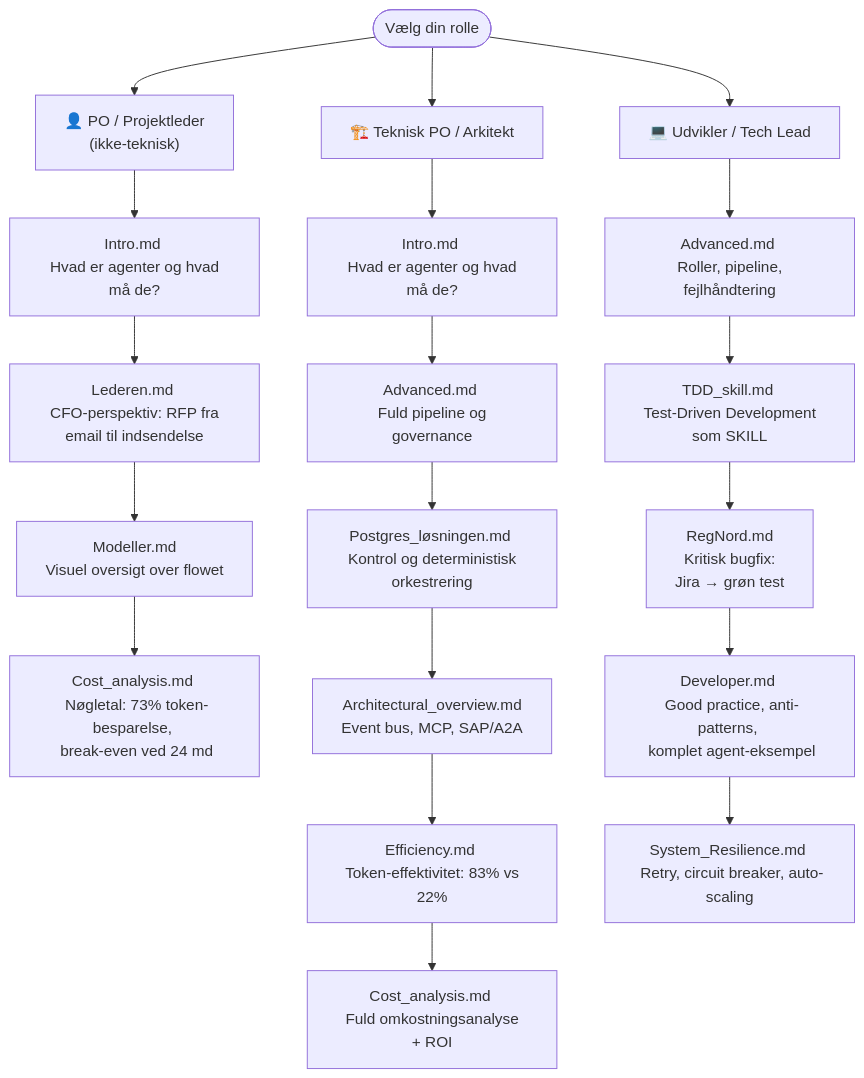
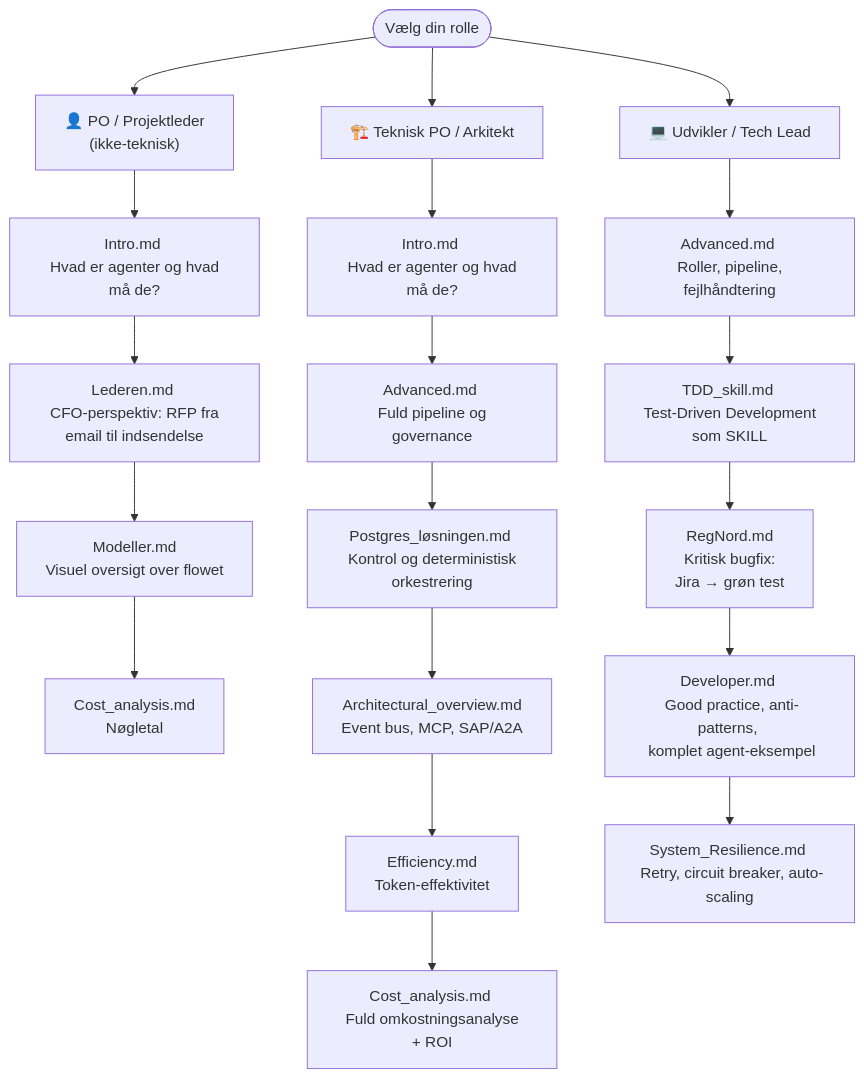
The diagram in README.md (chrisstineline/CGI_Agent), drawn with Mermaid before and after one commit. The commit also changed other lines of this file and 1 other file, not shown here.

Commit message:
Tal ænringer - Efficiency og i READEME

````diff
--- a/README.md
+++ b/README.md
@@ -102,28 +101,28 @@
 ```mermaid
 flowchart TD
     START([Vælg din rolle]) --> PO
     START --> TPO
     START --> DEV
 
     PO["👤 PO / Projektleder <br> (ikke-teknisk)"]
     TPO["🏗️ Teknisk PO / Arkitekt"]
     DEV["💻 Udvikler / Tech Lead"]
 
     PO --> P1["Intro.md <br> Hvad er agenter og hvad må de?"]
     P1 --> P2["Lederen.md <br> CFO-perspektiv: RFP fra email til indsendelse"]
     P2 --> P3["Modeller.md <br> Visuel oversigt over flowet"]
-    P3 --> P4["Cost_analysis.md <br> Nøgletal: 73% token-besparelse, <br> break-even ved 24 md"]
+    P3 --> P4["Cost_analysis.md <br> Nøgletal"]
 
     TPO --> T1["Intro.md <br> Hvad er agenter og hvad må de?"]
     T1 --> T2["Advanced.md <br> Fuld pipeline og governance"]
     T2 --> T3["Postgres_løsningen.md <br> Kontrol og deterministisk orkestrering"]
     T3 --> T4["Architectural_overview.md <br> Event bus, MCP, SAP/A2A"]
-    T4 --> T5["Efficiency.md <br> Token-effektivitet: 83% vs 22%"]
+    T4 --> T5["Efficiency.md <br> Token-effektivitet"]
     T5 --> T6["Cost_analysis.md <br> Fuld omkostningsanalyse + ROI"]
 
     DEV --> D1["Advanced.md <br> Roller, pipeline, fejlhåndtering"]
     D1 --> D2["TDD_skill.md <br> Test-Driven Development som SKILL"]
     D2 --> D3["RegNord.md <br> Kritisk bugfix: <br> Jira → grøn test"]
     D3 --> D4["Developer.md <br> Good practice, anti-patterns, <br> komplet agent-eksempel"]
     D4 --> D5["System_Resilience.md <br> Retry, circuit breaker, auto-scaling"]
 ```
````
